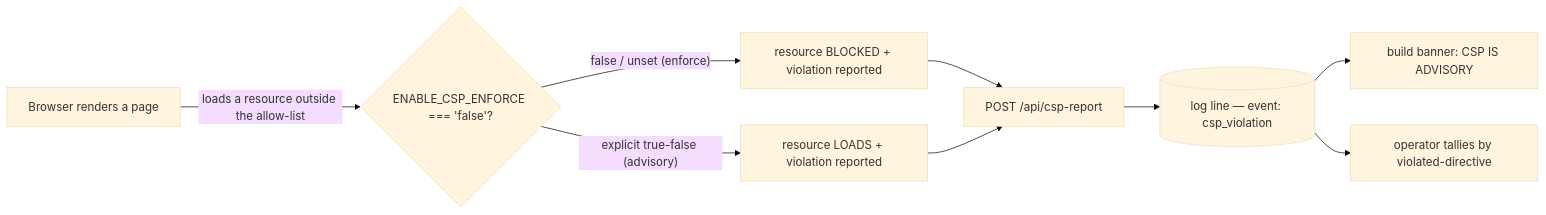
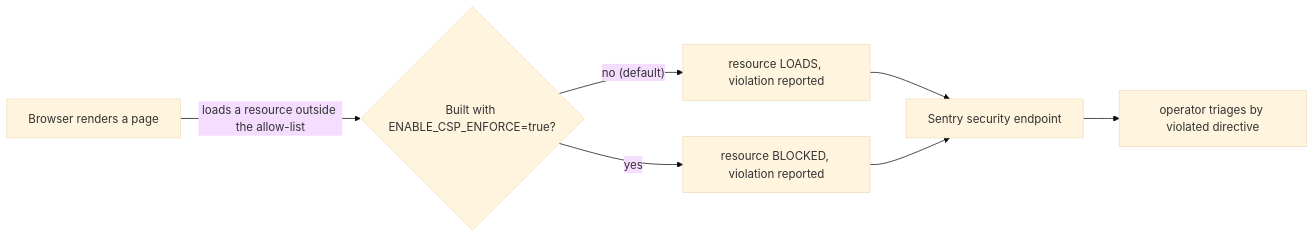
Before and after one commit to Practitionist/familiarise_web: the diagram in docs/enterprise/20-iam-and-security/05-security-headers.md, drawn with Mermaid (base theme). The commit also changed other lines of this file and 1 other file, not shown here.

First line of the commit message:
docs(operations): report-only CSP, and runbooks for SSO keys and operator access

````diff
--- a/docs/enterprise/20-iam-and-security/05-security-headers.md
+++ b/docs/enterprise/20-iam-and-security/05-security-headers.md
@@ -53,11 +42,9 @@
 ```mermaid
 flowchart LR
-  B[Browser renders a page] -->|"loads a resource outside the allow-list"| EVAL{"ENABLE_CSP_ENFORCE === 'false'?"}
-  EVAL -->|"false / unset (enforce)"| BLOCK["resource BLOCKED + violation reported"]
-  EVAL -->|"explicit true-false (advisory)"| ALLOW["resource LOADS + violation reported"]
-  BLOCK --> POST["POST /api/csp-report"]
-  ALLOW --> POST
-  POST --> LOG[("log line — event: csp_violation")]
-  LOG --> WARN["build banner: CSP IS ADVISORY"]
-  LOG --> OP["operator tallies by violated-directive"]
+  B["Browser renders a page"] -->|"loads a resource outside the allow-list"| EVAL{"Built with ENABLE_CSP_ENFORCE=true?"}
+  EVAL -->|"no (default)"| ALLOW["resource LOADS, violation reported"]
+  EVAL -->|"yes"| BLOCK["resource BLOCKED, violation reported"]
+  ALLOW --> SENTRY["Sentry security endpoint"]
+  BLOCK --> SENTRY
+  SENTRY --> OP["operator triages by violated directive"]
 ```
````
